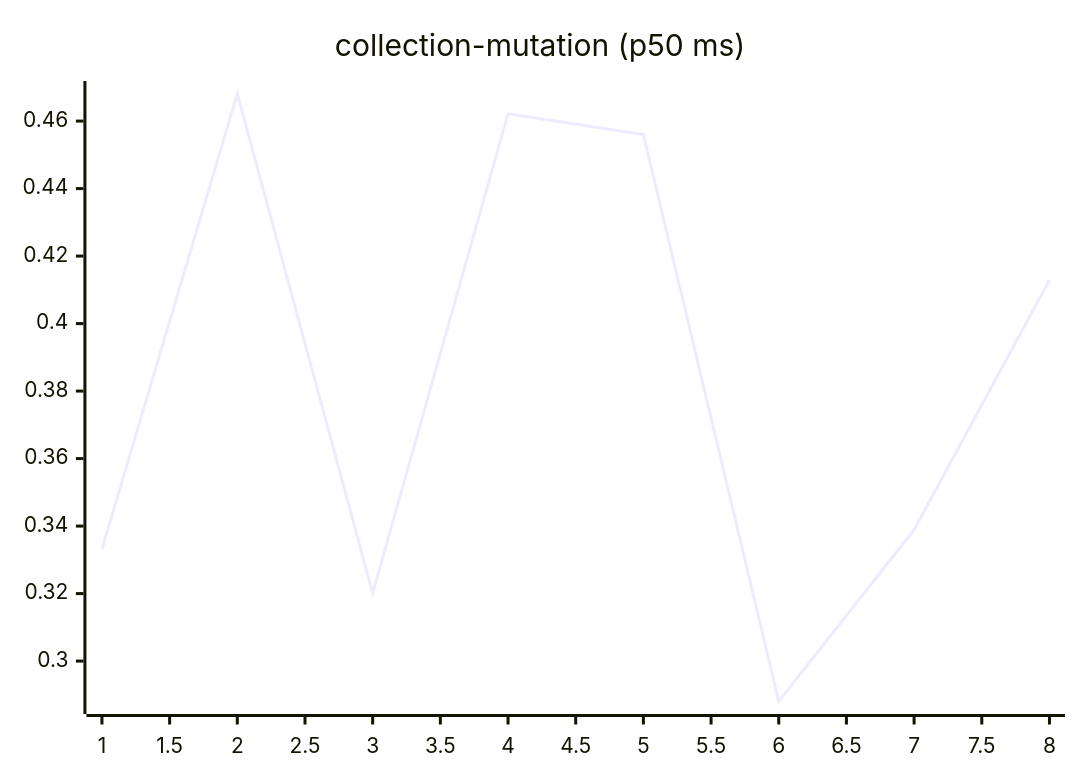
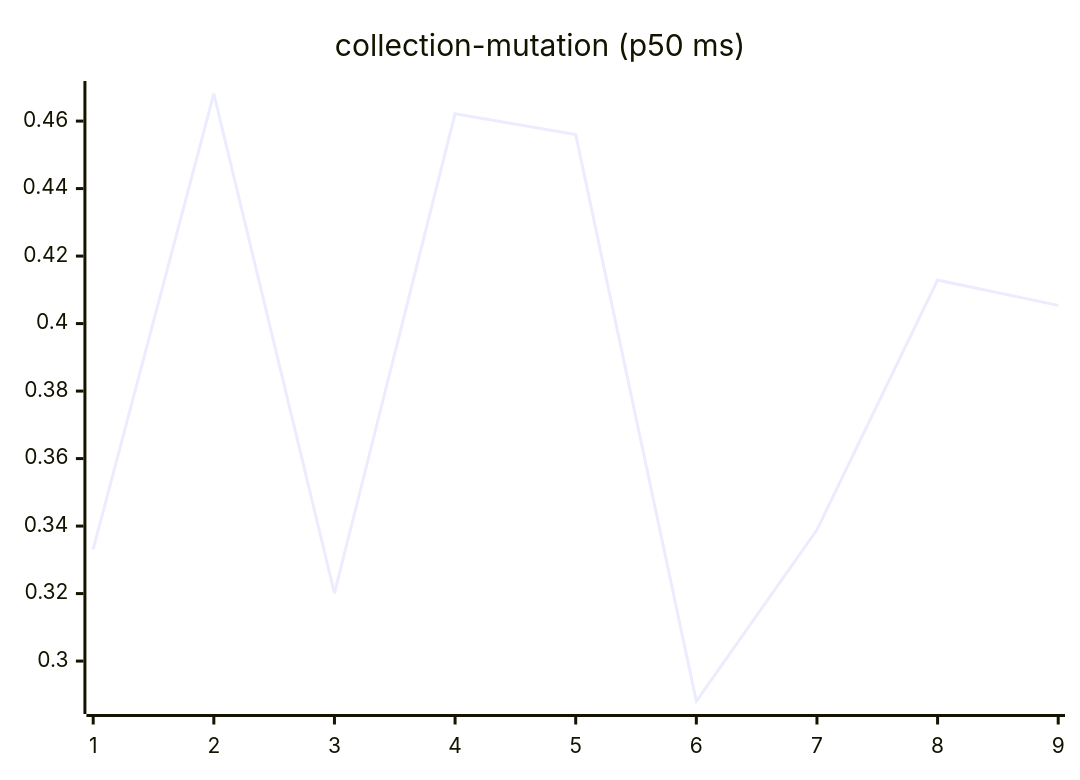
One commit to josha/Facet changed the sixth of 27 diagrams in README.md. Above: the diagram before and after it, drawn with Mermaid. The commit also changed other lines of this file and 2 other files, not shown here.

````diff
--- a/README.md
+++ b/README.md
@@ -98,6 +98,6 @@
 ```mermaid
 xychart-beta
     title "collection-mutation (p50 ms)"
-    x-axis 1 --> 8
-    line [0.3332, 0.4681, 0.3201, 0.4622, 0.4560, 0.2881, 0.3389, 0.4129]
+    x-axis 1 --> 9
+    line [0.3332, 0.4681, 0.3201, 0.4622, 0.4560, 0.2881, 0.3389, 0.4129, 0.4054]
 ```
````
